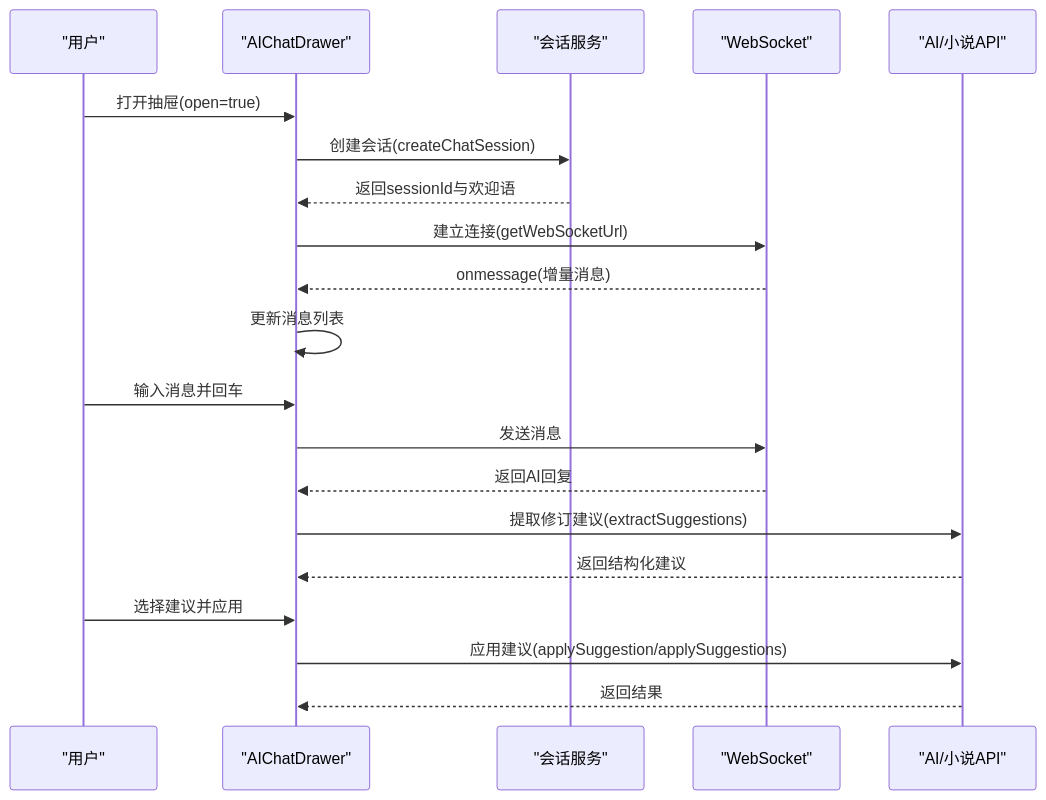
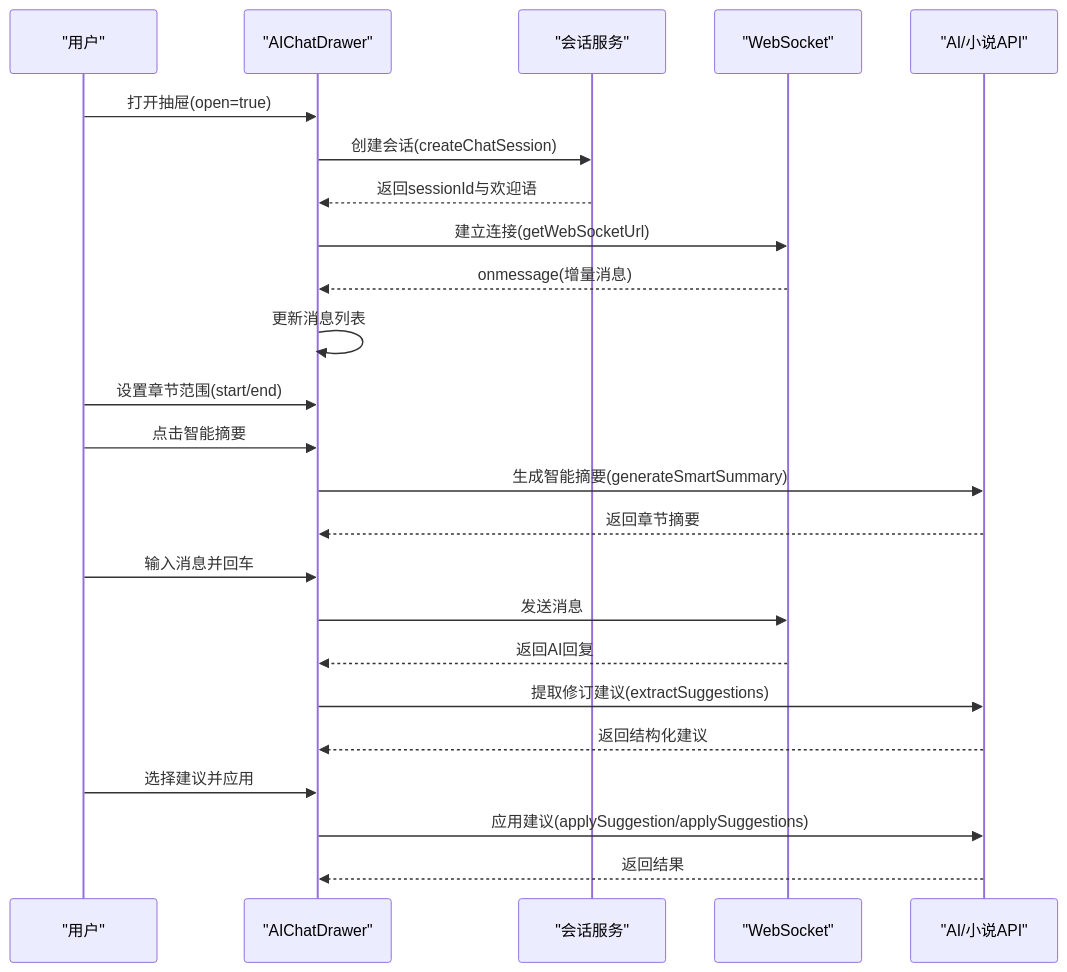
The fifth of 8 diagrams in .qoder/repowiki/zh/content/前端架构/UI组件库/UI组件库.md (xfbyxq/ai-novel-system), drawn with Mermaid before and after one commit. The commit also changed other lines of this file and 29 other files, not shown here.

````diff
--- a/.qoder/repowiki/zh/content/前端架构/UI组件库/UI组件库.md
+++ b/.qoder/repowiki/zh/content/前端架构/UI组件库/UI组件库.md
@@ -240,22 +270,26 @@
 ```mermaid
 sequenceDiagram
 participant U as "用户"
 participant D as "AIChatDrawer"
 participant S as "会话服务"
 participant WS as "WebSocket"
 participant API as "AI/小说API"
 U->>D : 打开抽屉(open=true)
 D->>S : 创建会话(createChatSession)
 S-->>D : 返回sessionId与欢迎语
 D->>WS : 建立连接(getWebSocketUrl)
 WS-->>D : onmessage(增量消息)
 D->>D : 更新消息列表
+U->>D : 设置章节范围(start/end)
+U->>D : 点击智能摘要
+D->>API : 生成智能摘要(generateSmartSummary)
+API-->>D : 返回章节摘要
 U->>D : 输入消息并回车
 D->>WS : 发送消息
 WS-->>D : 返回AI回复
 D->>API : 提取修订建议(extractSuggestions)
 API-->>D : 返回结构化建议
 U->>D : 选择建议并应用
 D->>API : 应用建议(applySuggestion/applySuggestions)
 API-->>D : 返回结果
 ```
````
